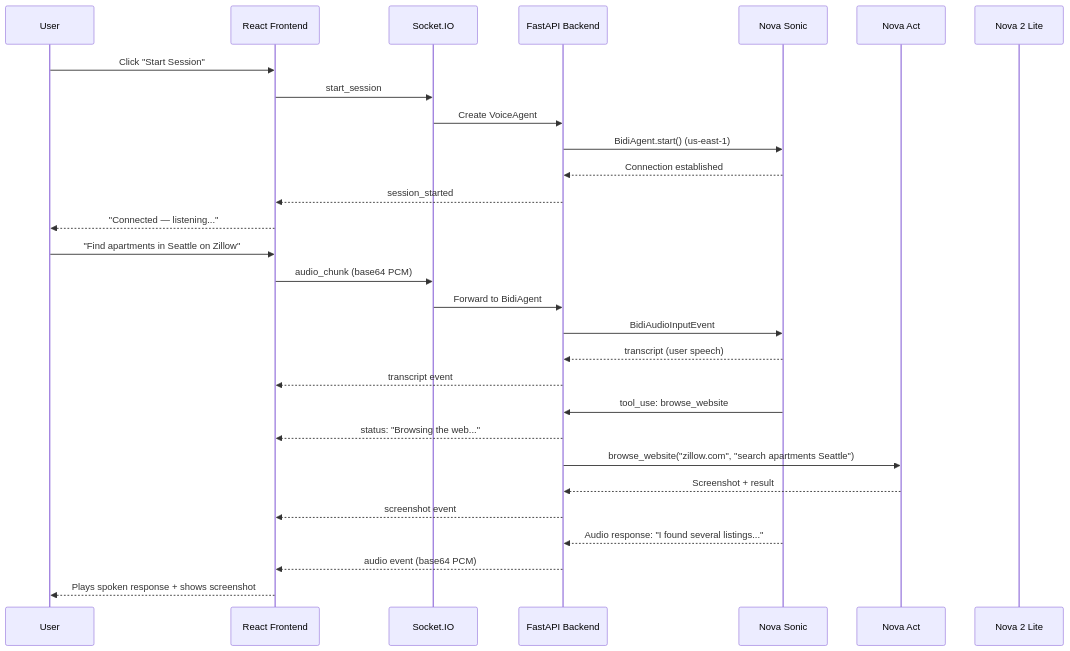
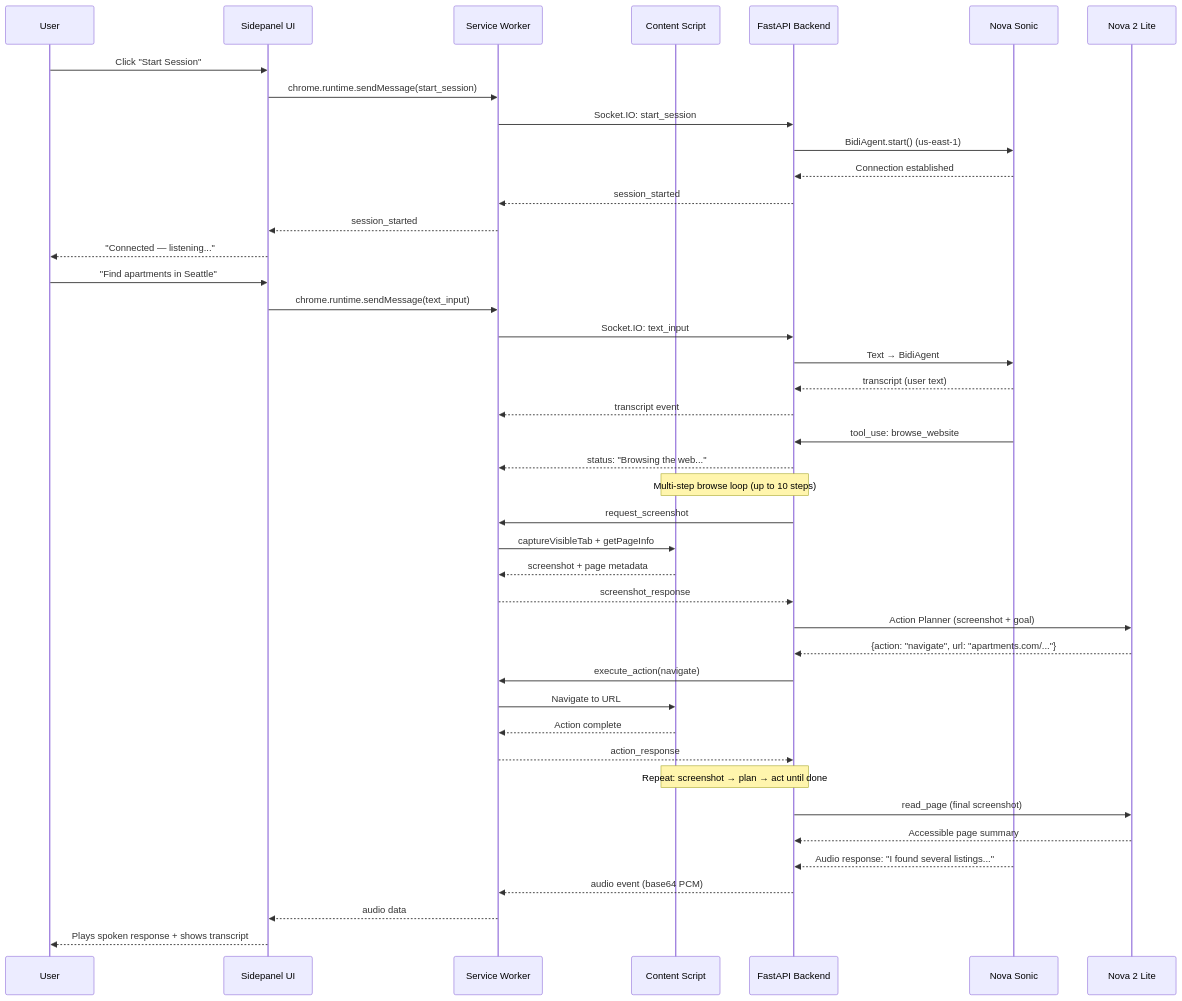
The second of 3 diagrams in architecture.md (sgharlow/accessvoice), drawn with Mermaid before and after one commit. The commit also changed other lines of this file and 2 other files, not shown here.

First line of the commit message:
docs: update submission materials for Chrome Extension architecture

````diff
--- a/architecture.md
+++ b/architecture.md
@@ -64,33 +66,53 @@
 ```mermaid
 sequenceDiagram
     participant U as User
-    participant F as React Frontend
-    participant S as Socket.IO
+    participant SP as Sidepanel UI
+    participant SW as Service Worker
+    participant CS as Content Script
     participant B as FastAPI Backend
     participant NS as Nova Sonic
-    participant NA as Nova Act
     participant NL as Nova 2 Lite
 
-    U->>F: Click "Start Session"
-    F->>S: start_session
-    S->>B: Create VoiceAgent
+    U->>SP: Click "Start Session"
+    SP->>SW: chrome.runtime.sendMessage(start_session)
+    SW->>B: Socket.IO: start_session
     B->>NS: BidiAgent.start() (us-east-1)
     NS-->>B: Connection established
-    B-->>F: session_started
-    F-->>U: "Connected — listening..."
+    B-->>SW: session_started
+    SW-->>SP: session_started
+    SP-->>U: "Connected — listening..."
 
-    U->>F: "Find apartments in Seattle on Zillow"
-    F->>S: audio_chunk (base64 PCM)
-    S->>B: Forward to BidiAgent
-    B->>NS: BidiAudioInputEvent
-    NS-->>B: transcript (user speech)
-    B-->>F: transcript event
+    U->>SP: "Find apartments in Seattle"
+    SP->>SW: chrome.runtime.sendMessage(text_input)
+    SW->>B: Socket.IO: text_input
+    B->>NS: Text → BidiAgent
+    NS-->>B: transcript (user text)
+    B-->>SW: transcript event
     NS->>B: tool_use: browse_website
-    B-->>F: status: "Browsing the web..."
-    B->>NA: browse_website("zillow.com", "search apartments Seattle")
-    NA-->>B: Screenshot + result
-    B-->>F: screenshot event
+    B-->>SW: status: "Browsing the web..."
+
+    Note over B,CS: Multi-step browse loop (up to 10 steps)
+
+    B->>SW: request_screenshot
+    SW->>CS: captureVisibleTab + getPageInfo
+    CS-->>SW: screenshot + page metadata
+    SW-->>B: screenshot_response
+
+    B->>NL: Action Planner (screenshot + goal)
+    NL-->>B: {action: "navigate", url: "apartments.com/..."}
+
+    B->>SW: execute_action(navigate)
+    SW->>CS: Navigate to URL
+    CS-->>SW: Action complete
+    SW-->>B: action_response
+
+    Note over B,CS: Repeat: screenshot → plan → act until done
+
+    B->>NL: read_page (final screenshot)
+    NL-->>B: Accessible page summary
+
     NS-->>B: Audio response: "I found several listings..."
-    B-->>F: audio event (base64 PCM)
-    F-->>U: Plays spoken response + shows screenshot
+    B-->>SW: audio event (base64 PCM)
+    SW-->>SP: audio data
+    SP-->>U: Plays spoken response + shows transcript
 ```
````
